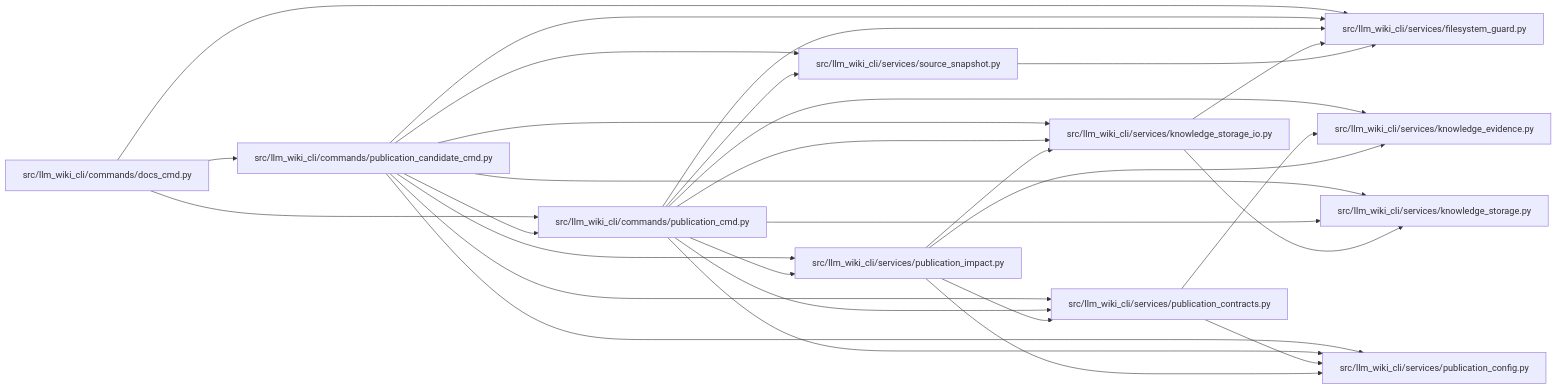
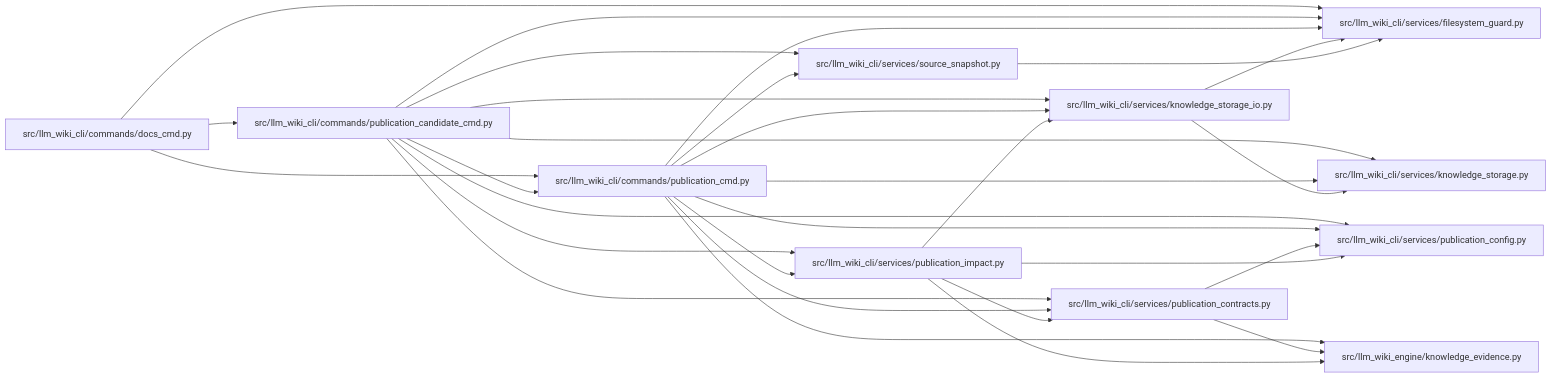
One commit to Denissvgn/python-wiki-llm changed the diagram in docs/llm_wiki/modules/publication_cmd.md. Above: the diagram before and after it, drawn with Mermaid. The commit also changed other lines of this file and 1103 other files, not shown here.

First line of the commit message:
docs: refresh the wiki for the llm-wiki-engine distribution

````diff
--- a/docs/llm_wiki/modules/publication_cmd.md
+++ b/docs/llm_wiki/modules/publication_cmd.md
@@ -30,53 +30,53 @@
 ```mermaid
 flowchart LR
     n0["src/llm_wiki_cli/commands/docs_cmd.py"]
     n1["src/llm_wiki_cli/commands/publication_candidate_cmd.py"]
     n2["src/llm_wiki_cli/commands/publication_cmd.py"]
     n3["src/llm_wiki_cli/services/filesystem_guard.py"]
-    n4["src/llm_wiki_cli/services/knowledge_evidence.py"]
-    n5["src/llm_wiki_cli/services/knowledge_storage.py"]
-    n6["src/llm_wiki_cli/services/knowledge_storage_io.py"]
-    n7["src/llm_wiki_cli/services/publication_config.py"]
-    n8["src/llm_wiki_cli/services/publication_contracts.py"]
-    n9["src/llm_wiki_cli/services/publication_impact.py"]
-    n10["src/llm_wiki_cli/services/source_snapshot.py"]
+    n4["src/llm_wiki_cli/services/knowledge_storage.py"]
+    n5["src/llm_wiki_cli/services/knowledge_storage_io.py"]
+    n6["src/llm_wiki_cli/services/publication_config.py"]
+    n7["src/llm_wiki_cli/services/publication_contracts.py"]
+    n8["src/llm_wiki_cli/services/publication_impact.py"]
+    n9["src/llm_wiki_cli/services/source_snapshot.py"]
+    n10["src/llm_wiki_engine/knowledge_evidence.py"]
     n0 --> n1
     n0 --> n2
     n0 --> n3
     n1 --> n2
     n1 --> n3
+    n1 --> n4
     n1 --> n5
     n1 --> n6
     n1 --> n7
     n1 --> n8
     n1 --> n9
-    n1 --> n10
     n2 --> n3
     n2 --> n4
     n2 --> n5
     n2 --> n6
     n2 --> n7
     n2 --> n8
     n2 --> n9
     n2 --> n10
-    n6 --> n3
-    n6 --> n5
-    n8 --> n4
+    n5 --> n3
+    n5 --> n4
+    n7 --> n6
+    n7 --> n10
+    n8 --> n5
+    n8 --> n6
     n8 --> n7
-    n9 --> n4
-    n9 --> n6
-    n9 --> n7
-    n9 --> n8
-    n10 --> n3
+    n8 --> n10
+    n9 --> n3
     click n0 "../modules/docs_cmd.md"
     click n1 "../modules/publication_candidate_cmd.md"
     click n2 "../modules/publication_cmd.md"
     click n3 "../modules/filesystem_guard.md"
-    click n4 "../modules/knowledge_evidence.md"
-    click n5 "../modules/knowledge_storage.md"
-    click n6 "../modules/knowledge_storage_io.md"
-    click n7 "../modules/publication_config.md"
-    click n8 "../modules/publication_contracts.md"
-    click n9 "../modules/publication_impact.md"
-    click n10 "../modules/source_snapshot.md"
+    click n4 "../modules/knowledge_storage.md"
+    click n5 "../modules/knowledge_storage_io.md"
+    click n6 "../modules/publication_config.md"
+    click n7 "../modules/publication_contracts.md"
+    click n8 "../modules/publication_impact.md"
+    click n9 "../modules/source_snapshot.md"
+    click n10 "../modules/knowledge_evidence.md"
 ```
````
